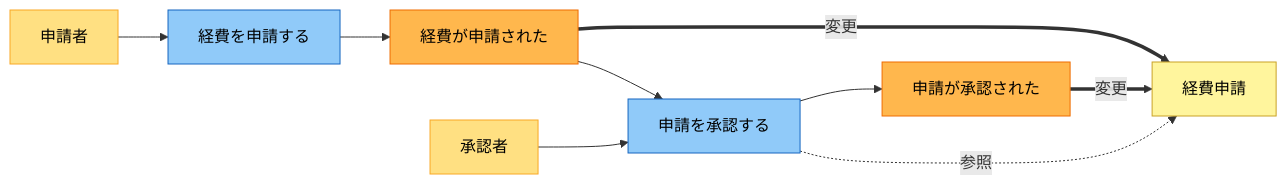
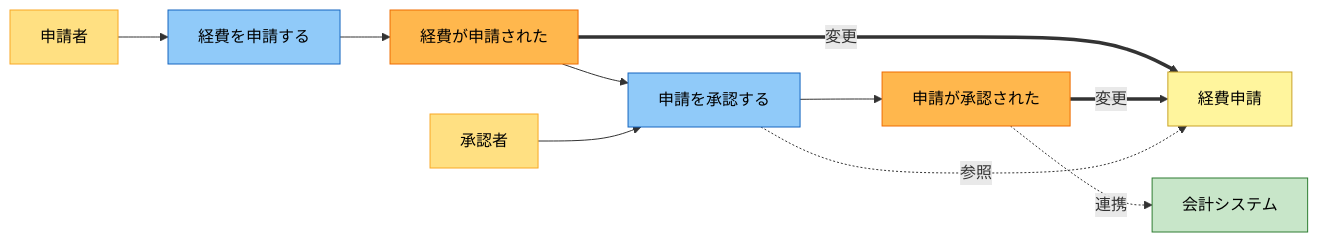
Before and after one commit to junichi1225-lang/Payroll-Admin: the first of 2 diagrams in .claude/skills/rdra-analysis/references/mermaid-conventions.md, drawn with Mermaid. The commit also changed other lines of this file, not shown here.

First line of the commit message:
feat(skills): イベントモデリング図に外部システムの色分けを追加

````diff
--- a/.claude/skills/rdra-analysis/references/mermaid-conventions.md
+++ b/.claude/skills/rdra-analysis/references/mermaid-conventions.md
@@ -24,23 +26,26 @@
 ```mermaid
 flowchart LR
   actor1["申請者"]:::actor
   cmd1["経費を申請する"]:::command
   evt1["経費が申請された"]:::event
   ent1["経費申請"]:::entity
+  ext1["会計システム"]:::external
 
   actor2["承認者"]:::actor
   cmd2["申請を承認する"]:::command
   evt2["申請が承認された"]:::event
 
   actor1 --> cmd1 --> evt1
   evt1 ==変更==> ent1
   evt1 --> cmd2
   actor2 --> cmd2 --> evt2
   evt2 ==変更==> ent1
   cmd2 -.参照.-> ent1
+  evt2 -.連携.-> ext1
 
   classDef actor fill:#FFE082,stroke:#F9A825,color:#000
   classDef command fill:#90CAF9,stroke:#1565C0,color:#000
   classDef event fill:#FFB74D,stroke:#EF6C00,color:#000
   classDef entity fill:#FFF59D,stroke:#C9A227,color:#000
+  classDef external fill:#C8E6C9,stroke:#2E7D32,color:#000
 ```
````
